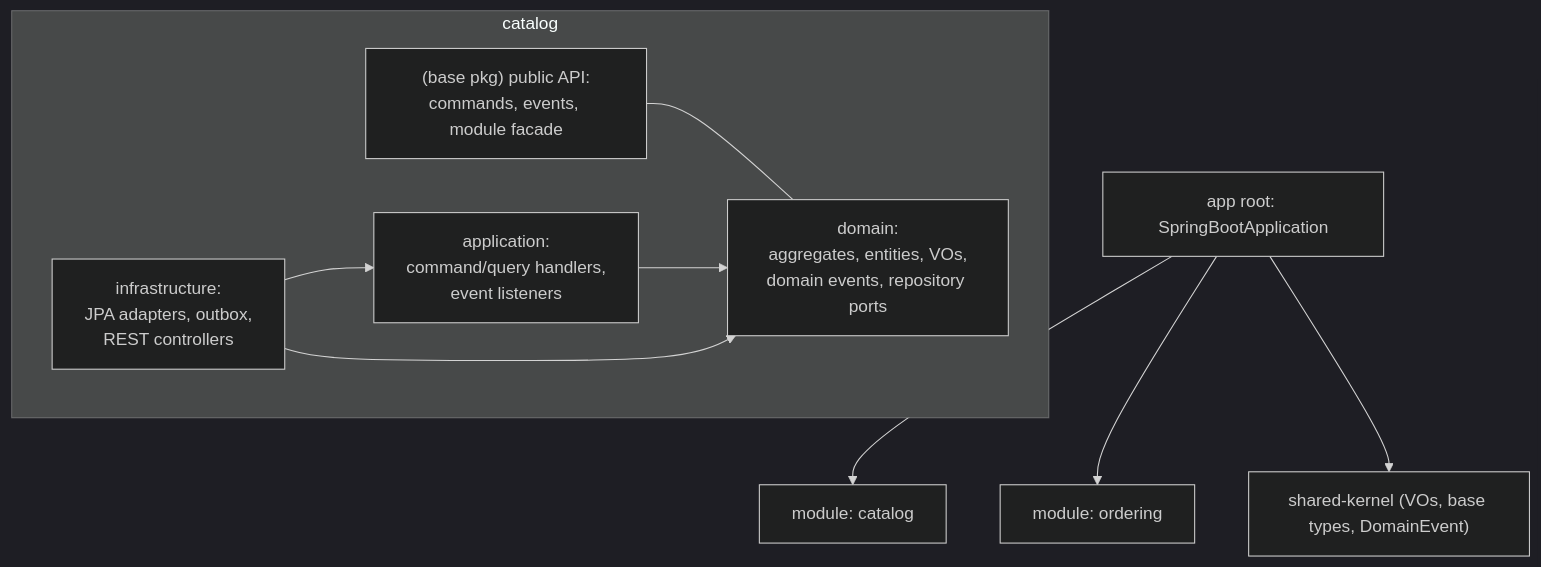
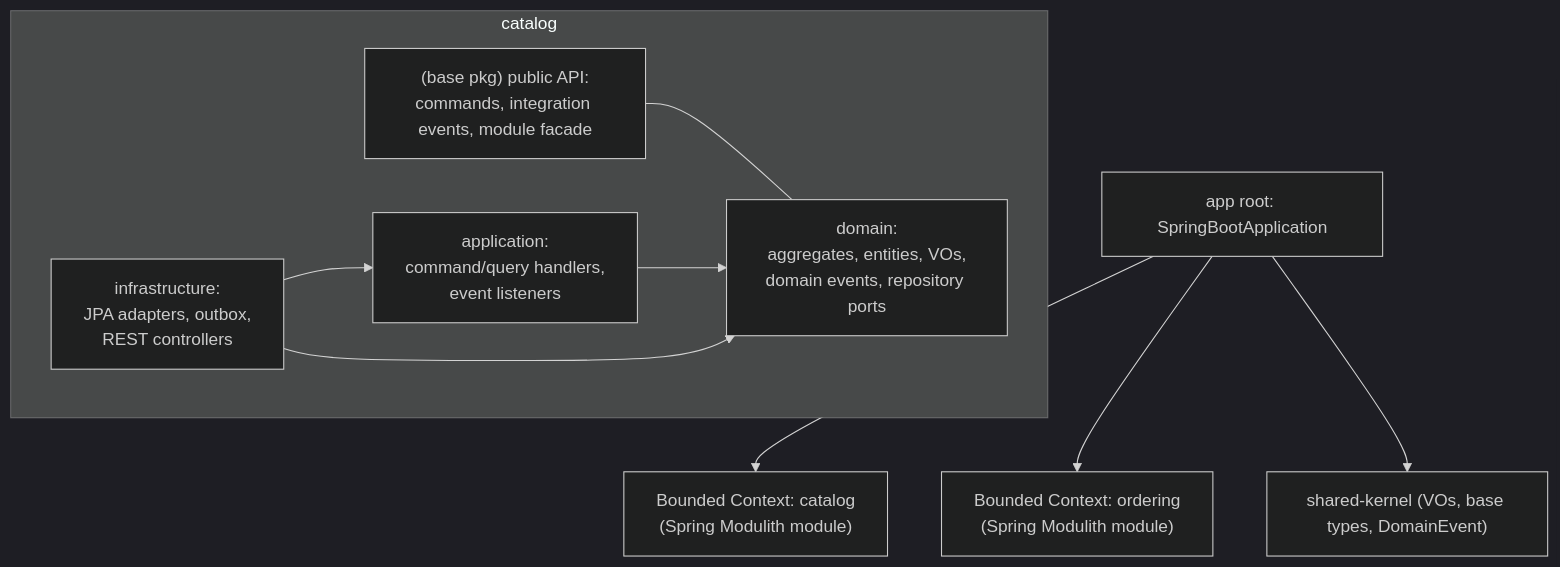
One commit to ryan-alexander-zhang/ai-native-project-template changed the first of 3 diagrams in docs/design/design-00001-java-ddd-template-architecture.md. Above: the diagram before and after it, drawn with Mermaid (dark theme). The commit also changed other lines of this file, not shown here.

First line of the commit message:
docs(design): distinguish domain vs integration events; fix DDD terminology

````diff
--- a/docs/design/design-00001-java-ddd-template-architecture.md
+++ b/docs/design/design-00001-java-ddd-template-architecture.md
@@ -83,19 +104,19 @@
 ```mermaid
 graph TD
   App["app root: SpringBootApplication"]
-  App --> M1["module: catalog"]
-  App --> M2["module: ordering"]
+  App --> M1["Bounded Context: catalog\n(Spring Modulith module)"]
+  App --> M2["Bounded Context: ordering\n(Spring Modulith module)"]
   App --> Shared["shared-kernel (VOs, base types, DomainEvent)"]
 
   subgraph catalog
-    C_api["(base pkg) public API:\ncommands, events, module facade"]
+    C_api["(base pkg) public API:\ncommands, integration events, module facade"]
     C_dom["domain:\naggregates, entities, VOs,\ndomain events, repository ports"]
     C_app["application:\ncommand/query handlers,\nevent listeners"]
     C_inf["infrastructure:\nJPA adapters, outbox,\nREST controllers"]
   end
 
   C_api --- C_dom
   C_app --> C_dom
   C_inf --> C_app
   C_inf --> C_dom
 ```
````
